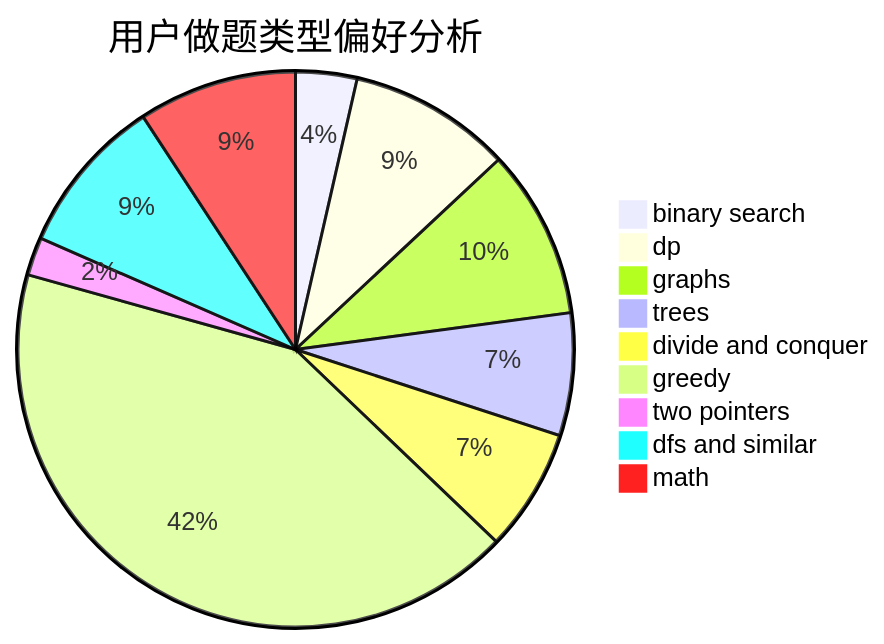
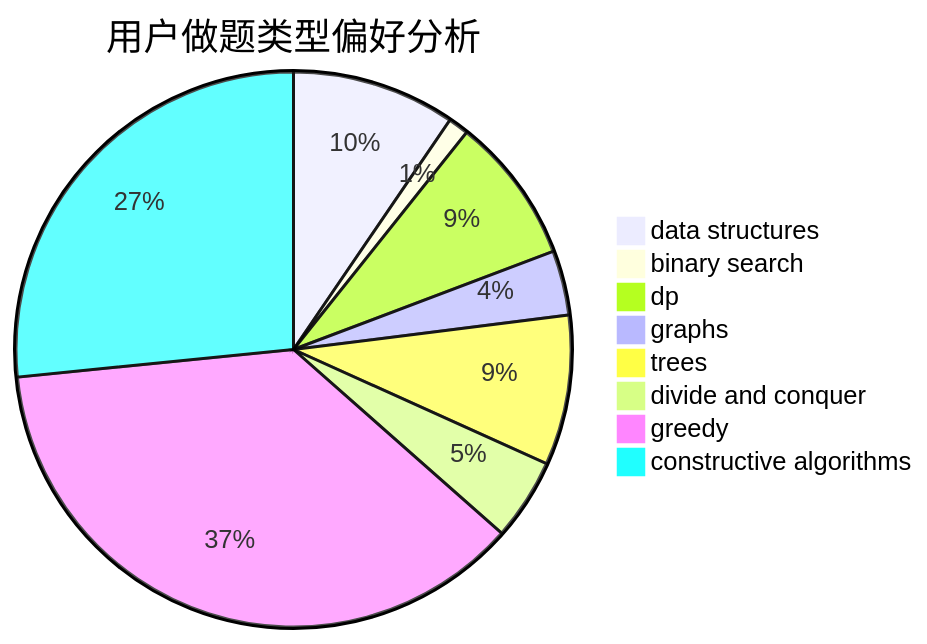
Before and after one commit to sherpahu/cfrs.github.io: the second of 3 diagrams in docs/user/u2685.md, drawn with Mermaid. The commit also changed other lines of this file and 2775 other files, not shown here.

````diff
--- a/docs/user/u2685.md
+++ b/docs/user/u2685.md
@@ -23,12 +23,11 @@
 ```mermaid
 pie title 用户做题类型偏好分析
-    "binary search" :  29
-    "dp" :  77
-    "graphs" :  80
-    "trees" :  58
-    "divide and conquer" :  58
-    "greedy" :  343
-    "two pointers" :  18
-    "dfs and similar" :  75
-    "math" :  75
+    "data structures" :  48
+    "binary search" :  6
+    "dp" :  43
+    "graphs" :  19
+    "trees" :  44
+    "divide and conquer" :  24
+    "greedy" :  186
+    "constructive algorithms" :  134
 ```
````
